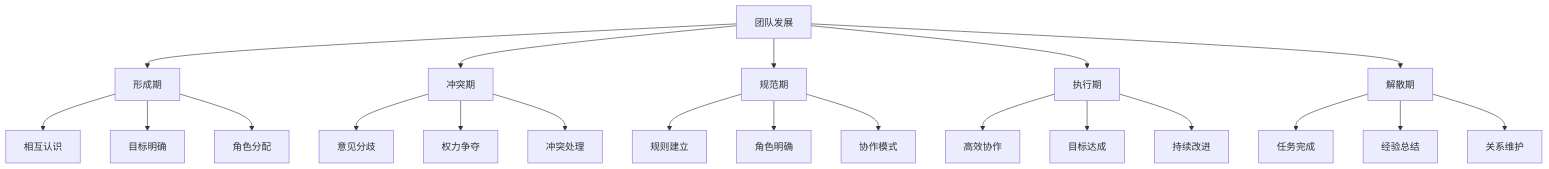
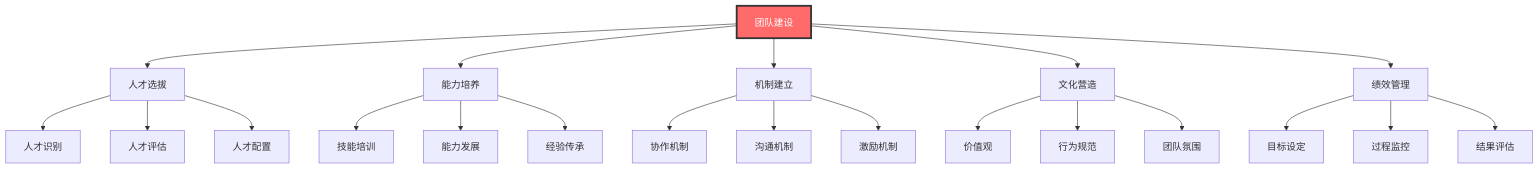
One commit to Anping2017/obsidian changed the first of 9 diagrams in 企业领导力/03-能力构建层/核心领导能力/04-团队建设.md. Above: the diagram before and after it, drawn with Mermaid. The commit also changed other lines of this file and 28 other files, not shown here.

````diff
--- a/企业领导力/03-能力构建层/核心领导能力/04-团队建设.md
+++ b/企业领导力/03-能力构建层/核心领导能力/04-团队建设.md
@@ -17,28 +9,30 @@
 ```mermaid
 graph TD
-    A[团队发展] --> B[形成期]
-    A --> C[冲突期]
-    A --> D[规范期]
-    A --> E[执行期]
-    A --> F[解散期]
+    A[团队建设] --> B[人才选拔]
+    A --> C[能力培养]
+    A --> D[机制建立]
+    A --> E[文化营造]
+    A --> F[绩效管理]
     
-    B --> B1[相互认识]
-    B --> B2[目标明确]
-    B --> B3[角色分配]
+    B --> B1[人才识别]
+    B --> B2[人才评估]
+    B --> B3[人才配置]
     
-    C --> C1[意见分歧]
-    C --> C2[权力争夺]
-    C --> C3[冲突处理]
+    C --> C1[技能培训]
+    C --> C2[能力发展]
+    C --> C3[经验传承]
     
-    D --> D1[规则建立]
-    D --> D2[角色明确]
-    D --> D3[协作模式]
+    D --> D1[协作机制]
+    D --> D2[沟通机制]
+    D --> D3[激励机制]
     
-    E --> E1[高效协作]
-    E --> E2[目标达成]
-    E --> E3[持续改进]
+    E --> E1[价值观]
+    E --> E2[行为规范]
+    E --> E3[团队氛围]
     
-    F --> F1[任务完成]
-    F --> F2[经验总结]
-    F --> F3[关系维护]
+    F --> F1[目标设定]
+    F --> F2[过程监控]
+    F --> F3[结果评估]
+    
+    style A fill:#ff6b6b,stroke:#333,stroke-width:3px,color:#fff
 ```
````
